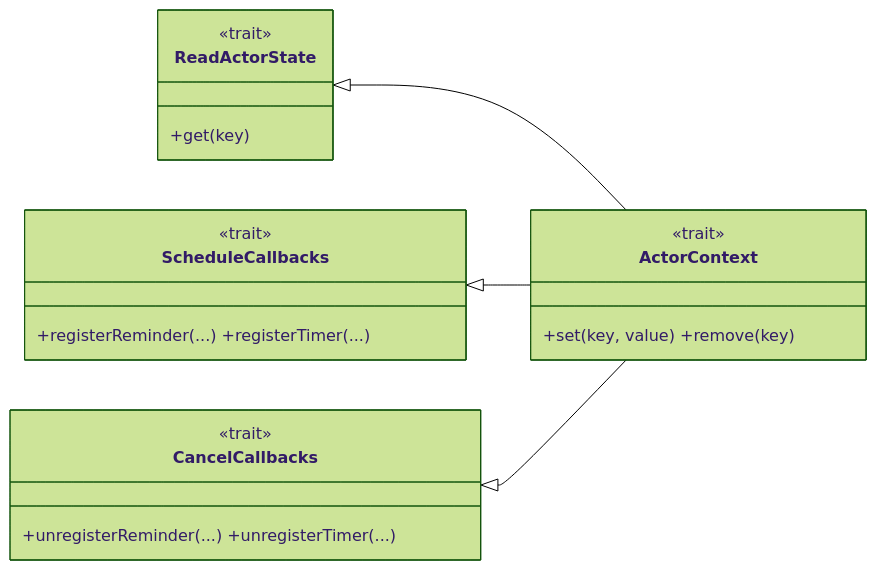
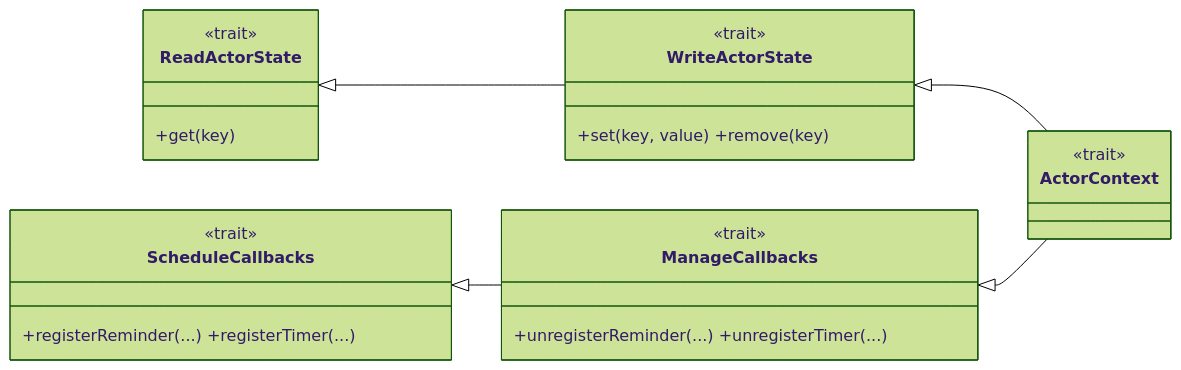
Diagram 34 of 36 in docs/CAPABILITY-SPLITS.md (sideeffffect/dapr4s), drawn with Mermaid (forest theme) before and after one commit. The commit also changed other lines of this file, not shown here.

First line of the commit message:
docs: make read-only-vs-rest the authority-split principle

````diff
--- a/docs/CAPABILITY-SPLITS.md
+++ b/docs/CAPABILITY-SPLITS.md
@@ -737,23 +751,27 @@
 ```mermaid
 classDiagram
     direction LR
     class ReadActorState {
         <<trait>>
         +get(key)
     }
+    class WriteActorState {
+        <<trait>>
+        +set(key, value) +remove(key)
+    }
     class ScheduleCallbacks {
         <<trait>>
         +registerReminder(...) +registerTimer(...)
     }
-    class CancelCallbacks {
+    class ManageCallbacks {
         <<trait>>
         +unregisterReminder(...) +unregisterTimer(...)
     }
     class ActorContext {
         <<trait>>
-        +set(key, value) +remove(key)
     }
-    ReadActorState <|-- ActorContext
-    ScheduleCallbacks <|-- ActorContext
-    CancelCallbacks <|-- ActorContext
+    ReadActorState <|-- WriteActorState
+    ScheduleCallbacks <|-- ManageCallbacks
+    WriteActorState <|-- ActorContext
+    ManageCallbacks <|-- ActorContext
 ```
````
